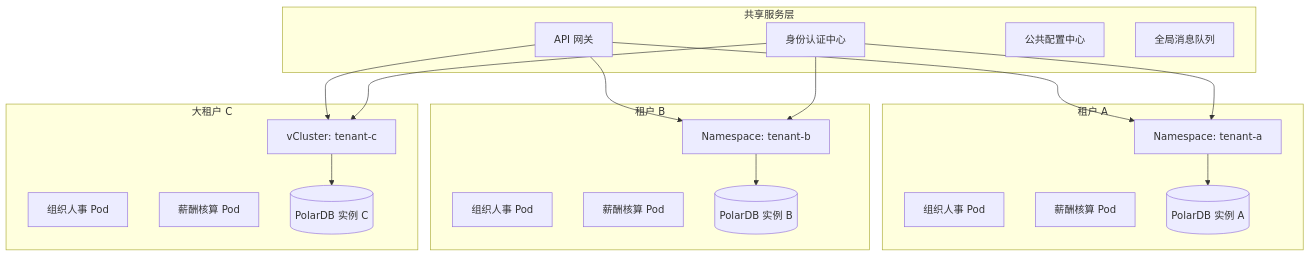
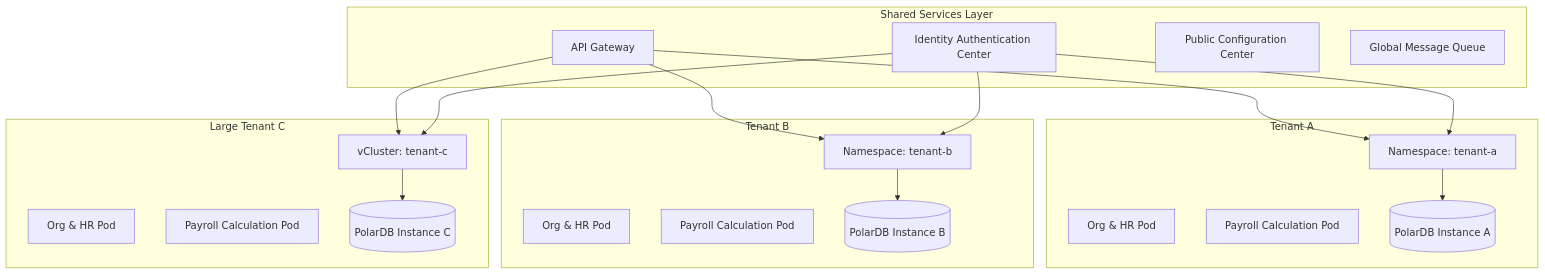
Before and after one commit to teaglebuilt/knowledge-tree: the third of 5 diagrams in tree/application/architecture/hrtech-saas.md, drawn with Mermaid. The commit also changed other lines of this file and 4 other files, not shown here.

````diff
--- a/tree/application/architecture/hrtech-saas.md
+++ b/tree/application/architecture/hrtech-saas.md
@@ -229,36 +231,36 @@
 ```mermaid
 graph TB
-    subgraph 共享服务层
-        S1[API 网关]
-        S2[身份认证中心]
-        S3[公共配置中心]
-        S4[全局消息队列]
+    subgraph Shared Services Layer
+        S1[API Gateway]
+        S2[Identity Authentication Center]
+        S3[Public Configuration Center]
+        S4[Global Message Queue]
     end
 
-    subgraph 租户 A
+    subgraph Tenant A
         A_NS[Namespace: tenant-a]
-        A_APP1[组织人事 Pod]
-        A_APP2[薪酬核算 Pod]
-        A_DB[(PolarDB 实例 A)]
+        A_APP1[Org & HR Pod]
+        A_APP2[Payroll Calculation Pod]
+        A_DB[(PolarDB Instance A)]
     end
 
-    subgraph 租户 B
+    subgraph Tenant B
         B_NS[Namespace: tenant-b]
-        B_APP1[组织人事 Pod]
-        B_APP2[薪酬核算 Pod]
-        B_DB[(PolarDB 实例 B)]
+        B_APP1[Org & HR Pod]
+        B_APP2[Payroll Calculation Pod]
+        B_DB[(PolarDB Instance B)]
     end
 
-    subgraph 大租户 C
+    subgraph Large Tenant C
         C_VC[vCluster: tenant-c]
-        C_APP1[组织人事 Pod]
-        C_APP2[薪酬核算 Pod]
-        C_DB[(PolarDB 实例 C)]
+        C_APP1[Org & HR Pod]
+        C_APP2[Payroll Calculation Pod]
+        C_DB[(PolarDB Instance C)]
     end
 
     S1 --> A_NS & B_NS & C_VC
     S2 --> A_NS & B_NS & C_VC
     A_NS --> A_DB
     B_NS --> B_DB
     C_VC --> C_DB
 ```
````
